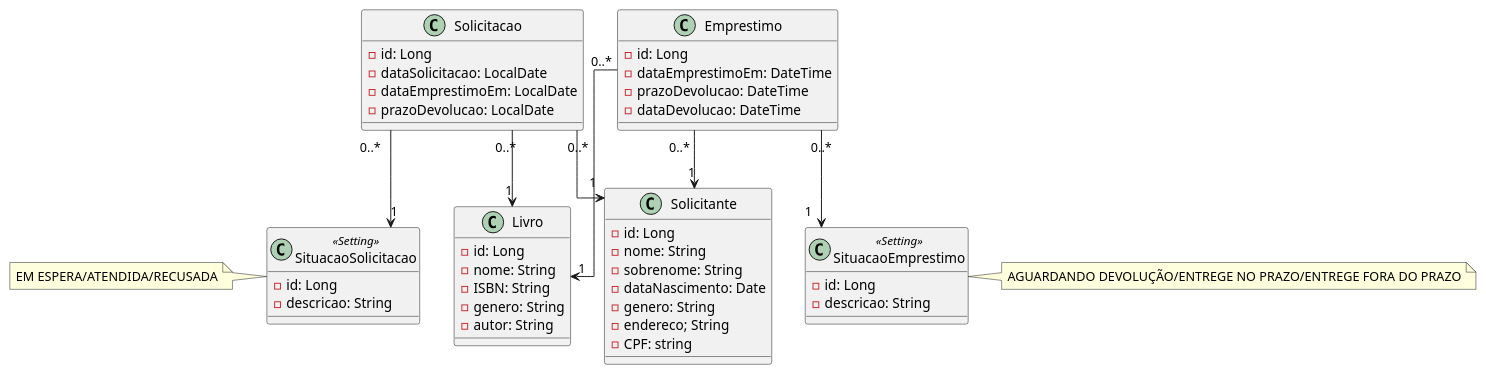
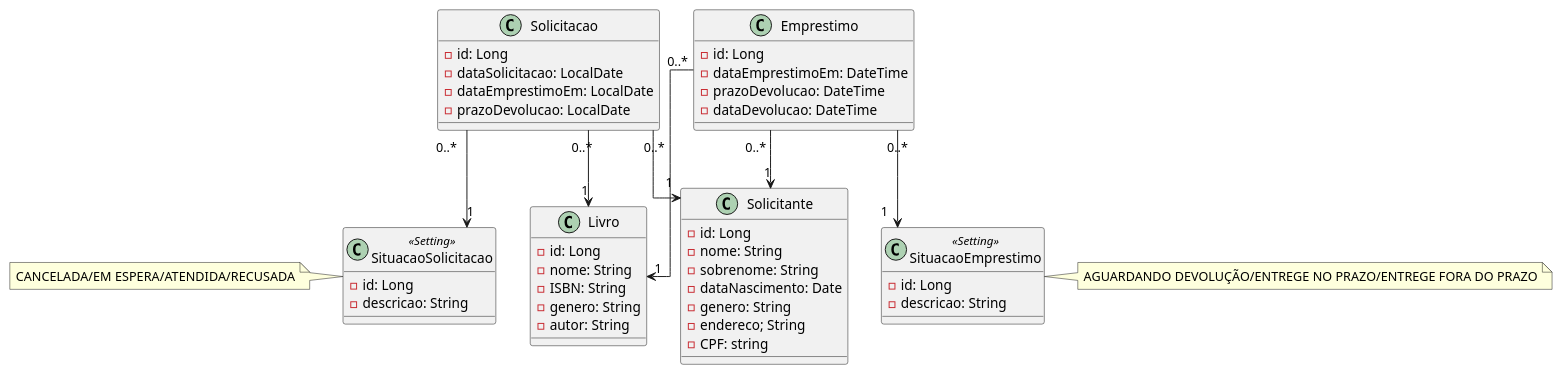
The diagram in src/main/resources/domain.plantuml (jeoliveira045/sistema-bibly-java), drawn with PlantUML before and after one commit. The commit also changed 6 other files, not shown here.

```diff
--- a/src/main/resources/domain.plantuml
+++ b/src/main/resources/domain.plantuml
@@ -1,75 +1,75 @@
 @startuml
 
 skinparam linetype ortho
 top to bottom direction
 
     class Livro{
         - id: Long
         - nome: String
         - ISBN: String
         - genero: String
         - autor: String
     }
 
     class Emprestimo{
         - id: Long
         - dataEmprestimoEm: DateTime
         - prazoDevolucao: DateTime
         - dataDevolucao: DateTime
     }
 
     class Solicitante{
         - id: Long
         - nome: String
         - sobrenome: String
         - dataNascimento: Date
         - genero: String
         - endereco; String
         - CPF: string
     }
 
     class Solicitacao{
         - id: Long
         - dataSolicitacao: LocalDate
         - dataEmprestimoEm: LocalDate
         - prazoDevolucao: LocalDate
     }
 
     class SituacaoSolicitacao<<Setting>>{
         - id: Long
         - descricao: String
     }
 
 '    class SituacaoLivro<<Setting>>{
 '
 '        - id: Long
 '        - descricao: String
 '    }
 '
 '    class SituacaoSolicitante<<Setting>>{
 '        - id: Long
 '        - descricao: String
 '    }
     class SituacaoEmprestimo<<Setting>>{
         - id: Long
         - descricao: String
     }
 
 
-    note left of SituacaoSolicitacao : EM ESPERA/ATENDIDA/RECUSADA
+    note left of SituacaoSolicitacao : CANCELADA/EM ESPERA/ATENDIDA/RECUSADA
 '    note right of SituacaoSolicitante : SEM PENDENCIA/PRECISA DEVOLVER
 '    note left of SituacaoLivro : EMPRESTADO/EM ESTOQUE
     note right of SituacaoEmprestimo: AGUARDANDO DEVOLUÇÃO/ENTREGE NO PRAZO/ENTREGE FORA DO PRAZO
 
 
     Emprestimo "0..*"--> "1" Livro
     Emprestimo "0..*" --> "1" Solicitante
     Solicitacao "0..*" --> "1" Solicitante
     Solicitacao "0..*" --> "1" Livro
     Solicitacao  "0..*" --> "1" SituacaoSolicitacao
 '    Solicitante "0..*" --> "1" SituacaoSolicitante
 '    Livro "0..*" --> "1" SituacaoLivro
     Emprestimo "0..*" --> "1" SituacaoEmprestimo
 
 
 @enduml
```
